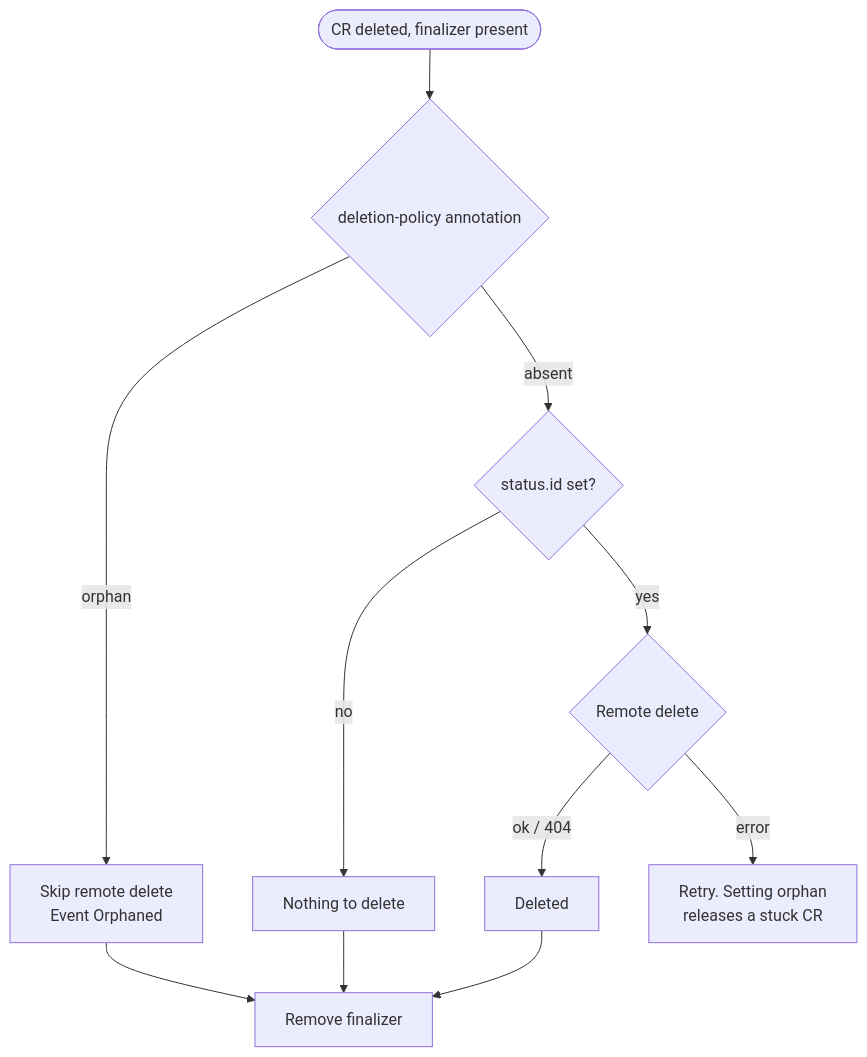
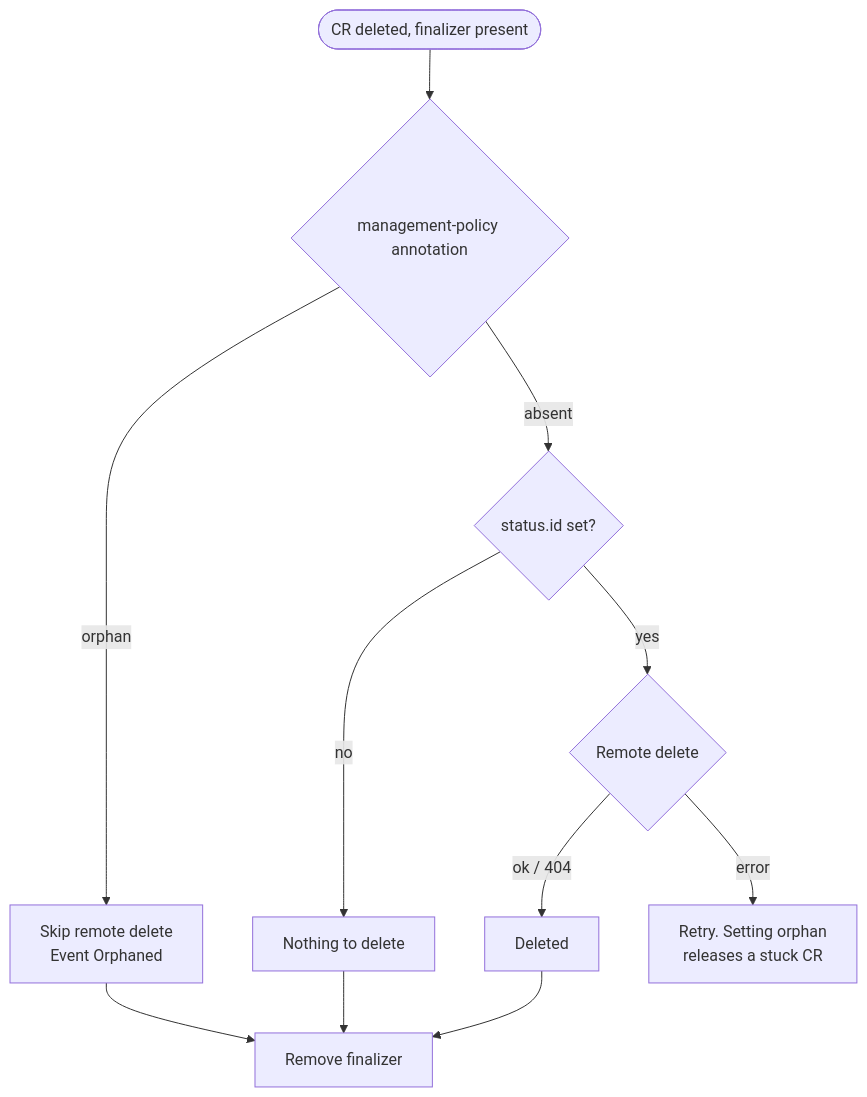
The third of 5 diagrams in docs/datadoggenericresource/datadog_generic_resource_adoption_brief.md (DataDog/datadog-operator), drawn with Mermaid before and after one commit. The commit also changed other lines of this file, not shown here.

Commit message:
Rename the orphan annotation to datadoghq.com/management-policy

````diff
--- a/docs/datadoggenericresource/datadog_generic_resource_adoption_brief.md
+++ b/docs/datadoggenericresource/datadog_generic_resource_adoption_brief.md
@@ -241,13 +241,13 @@
 ```mermaid
 flowchart TD
-  d([CR deleted, finalizer present]) --> pol{deletion-policy annotation}
+  d([CR deleted, finalizer present]) --> pol{management-policy annotation}
   pol -- orphan --> o[Skip remote delete<br/>Event Orphaned]
   pol -- absent --> id{status.id set?}
   id -- no --> s[Nothing to delete]
   id -- yes --> rd{Remote delete}
   rd -- "ok / 404" --> ok[Deleted]
   rd -- error --> retry[Retry. Setting orphan<br/>releases a stuck CR]
   o --> rm[Remove finalizer]
   s --> rm
   ok --> rm
 ```
````
